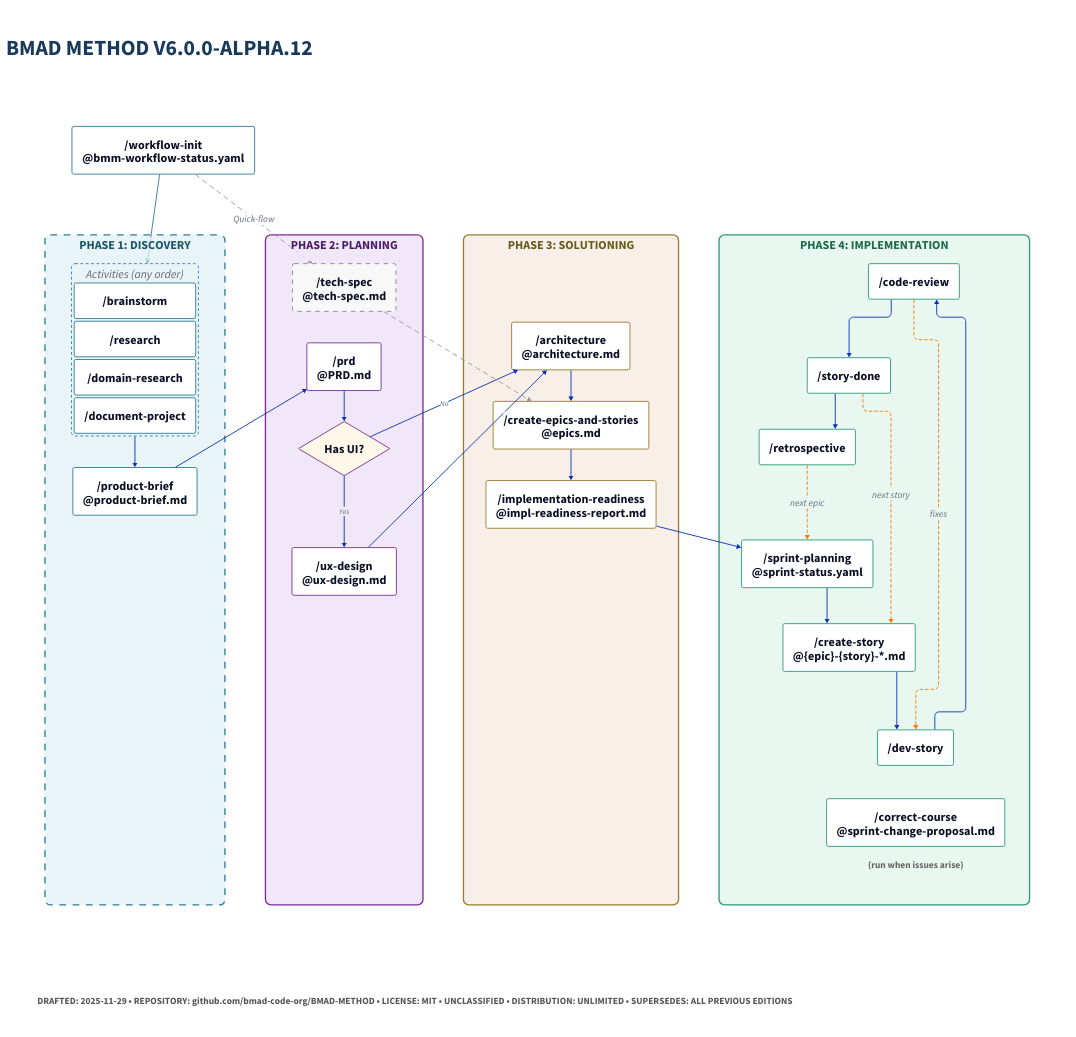
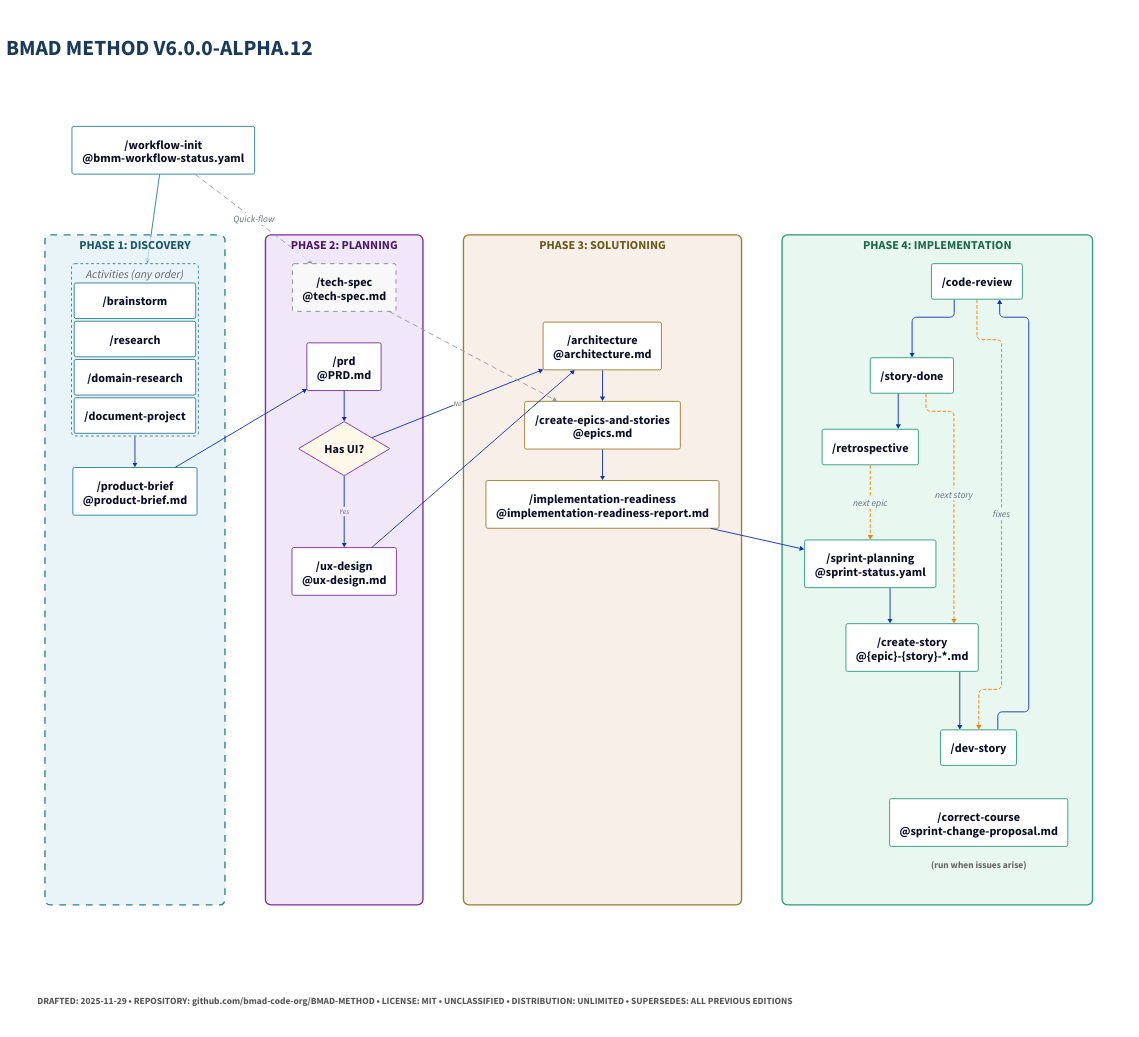
The diagram in tools/diagrams/bmm-workflow.d2 (alexeyv/BMAD-METHOD), drawn with D2 before and after one commit. The commit also changed 3 other files, not shown here.

```diff
--- a/tools/diagrams/bmm-workflow.d2
+++ b/tools/diagrams/bmm-workflow.d2
@@ -228,7 +228,7 @@
     }
     arch: "/architecture\n@architecture.md" { class: n3 }
     epics: "/create-epics-and-stories\n@epics.md" { class: n3 }
-    impl: "/implementation-readiness\n@impl-readiness-report.md" { class: n3 }
+    impl: "/implementation-readiness\n@implementation-readiness-report.md" { class: n3 }
 
     spacer -> arch: { style.opacity: 0 }
     arch -> epics
```
